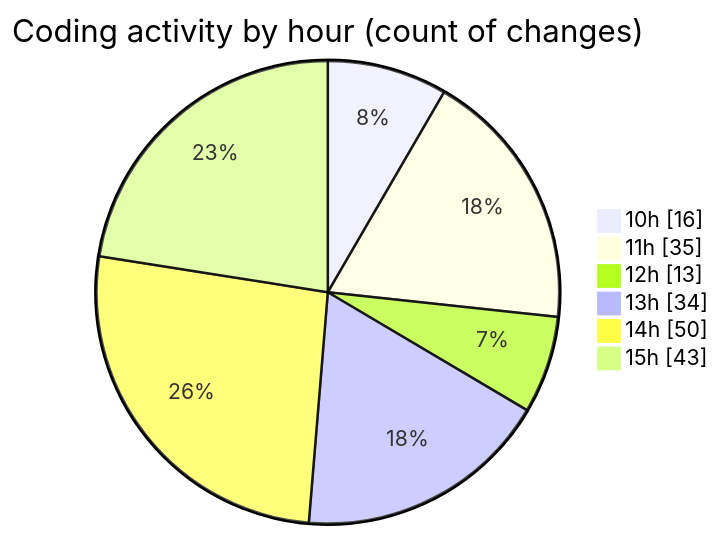
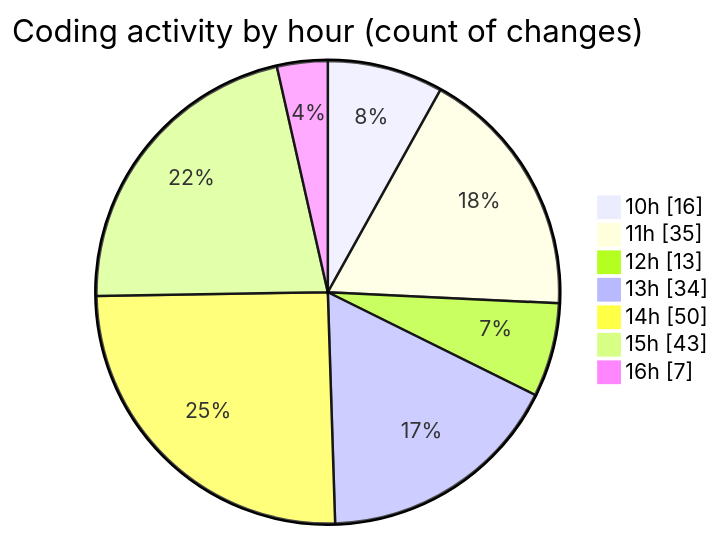
Before and after one commit to charlie-sans/code-tracking: the second of 2 diagrams in 2025-02-20/micros/README.md, drawn with Mermaid. The commit also changed other lines of this file and 1 other file, not shown here.

````diff
--- a/2025-02-20/micros/README.md
+++ b/2025-02-20/micros/README.md
@@ -60,10 +61,11 @@
 ```mermaid
 pie showData
 title Coding activity by hour (count of changes)
 "10h" : 16
 "11h" : 35
 "12h" : 13
 "13h" : 34
 "14h" : 50
 "15h" : 43
+"16h" : 7
 ```
````
